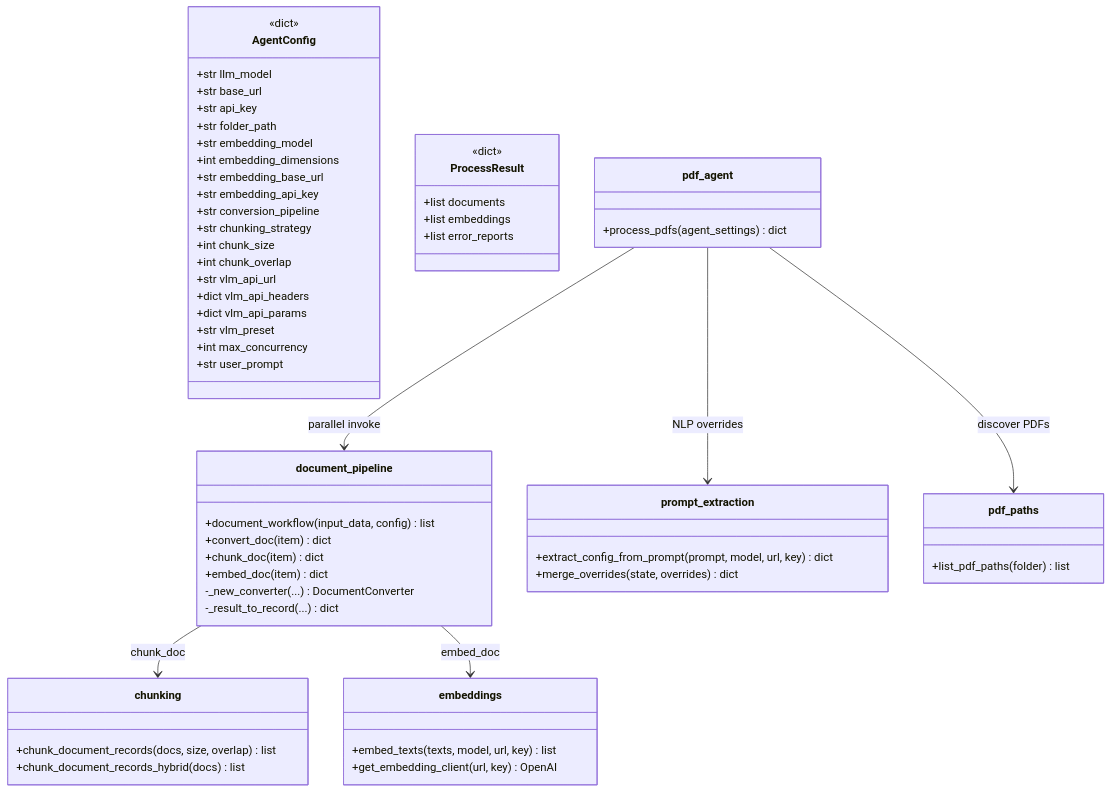
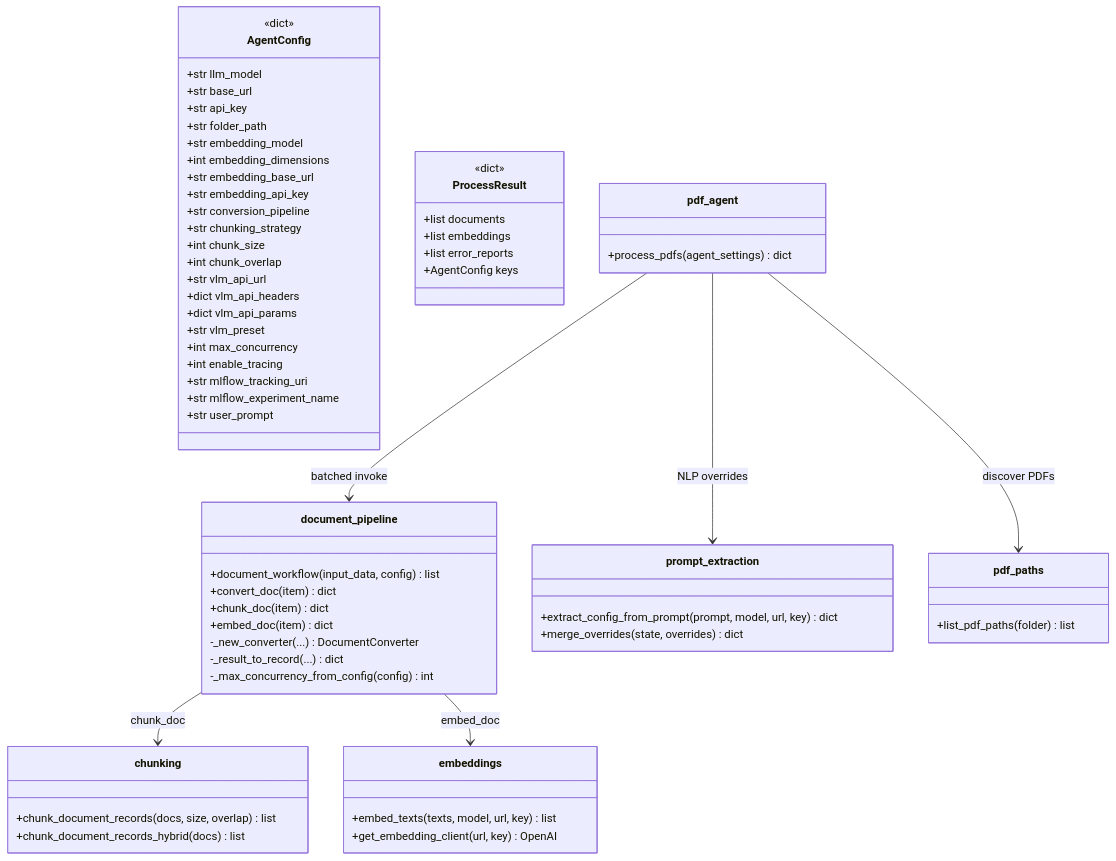
The third of 3 diagrams in AGENTS.md (mcaimi/docling-agent), drawn with Mermaid before and after one commit. The commit also changed other lines of this file and 1 other file, not shown here.

````diff
--- a/AGENTS.md
+++ b/AGENTS.md
@@ -119,69 +132,74 @@
 ```mermaid
 classDiagram
     class AgentConfig {
         <<dict>>
         +str llm_model
         +str base_url
         +str api_key
         +str folder_path
         +str embedding_model
         +int embedding_dimensions
         +str embedding_base_url
         +str embedding_api_key
         +str conversion_pipeline
         +str chunking_strategy
         +int chunk_size
         +int chunk_overlap
         +str vlm_api_url
         +dict vlm_api_headers
         +dict vlm_api_params
         +str vlm_preset
         +int max_concurrency
+        +int enable_tracing
+        +str mlflow_tracking_uri
+        +str mlflow_experiment_name
         +str user_prompt
     }
 
     class ProcessResult {
         <<dict>>
         +list documents
         +list embeddings
         +list error_reports
+        +AgentConfig keys
     }
 
     class document_pipeline {
         +document_workflow(input_data, config) list
         +convert_doc(item) dict
         +chunk_doc(item) dict
         +embed_doc(item) dict
         -_new_converter(...) DocumentConverter
         -_result_to_record(...) dict
+        -_max_concurrency_from_config(config) int
     }
 
     class prompt_extraction {
         +extract_config_from_prompt(prompt, model, url, key) dict
         +merge_overrides(state, overrides) dict
     }
 
     class chunking {
         +chunk_document_records(docs, size, overlap) list
         +chunk_document_records_hybrid(docs) list
     }
 
     class embeddings {
         +embed_texts(texts, model, url, key) list
         +get_embedding_client(url, key) OpenAI
     }
 
     class pdf_paths {
         +list_pdf_paths(folder) list
     }
 
     class pdf_agent {
         +process_pdfs(agent_settings) dict
     }
 
     pdf_agent --> prompt_extraction : NLP overrides
     pdf_agent --> pdf_paths : discover PDFs
-    pdf_agent --> document_pipeline : parallel invoke
+    pdf_agent --> document_pipeline : batched invoke
     document_pipeline --> chunking : chunk_doc
     document_pipeline --> embeddings : embed_doc
 ```
````
